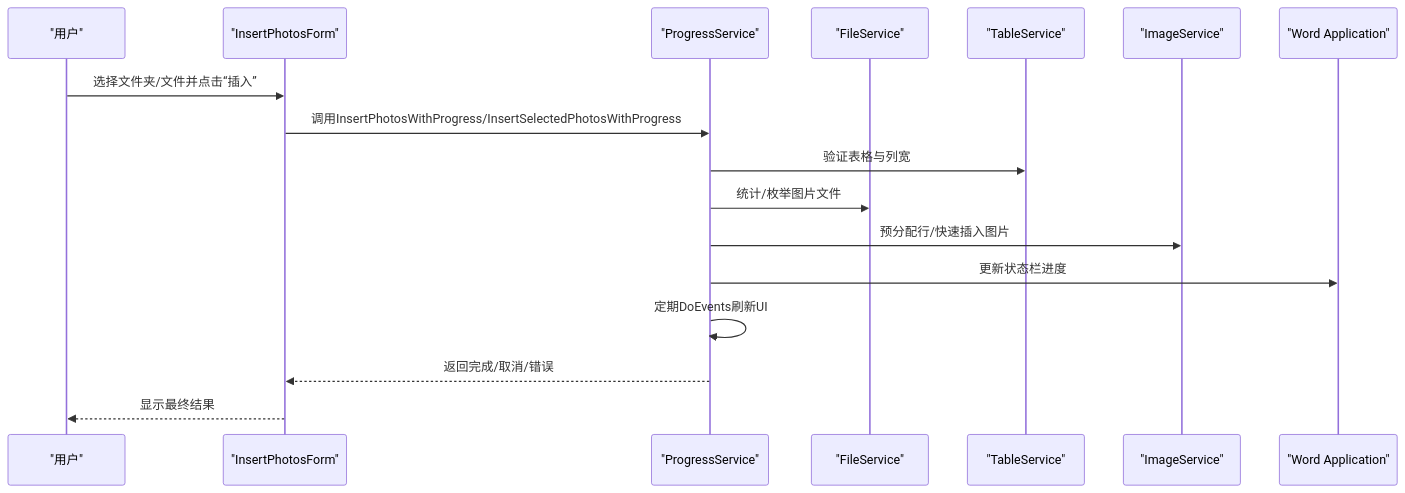
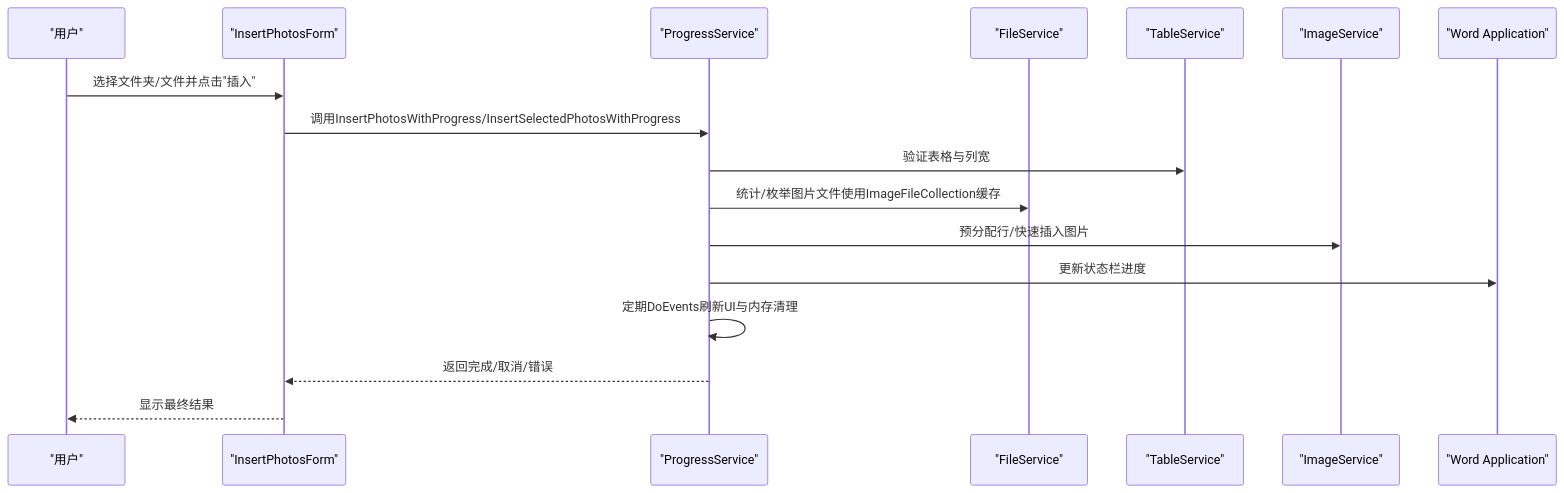
Before and after one commit to rainiva/WordTools: the second of 6 diagrams in .qoder/repowiki/zh/content/服务层/进度服务.md, drawn with Mermaid. The commit also changed other lines of this file and 12 other files, not shown here.

````diff
--- a/.qoder/repowiki/zh/content/服务层/进度服务.md
+++ b/.qoder/repowiki/zh/content/服务层/进度服务.md
@@ -88,19 +97,19 @@
 ```mermaid
 sequenceDiagram
 participant U as "用户"
 participant F as "InsertPhotosForm"
 participant PS as "ProgressService"
 participant FS as "FileService"
 participant TS as "TableService"
 participant IS as "ImageService"
 participant APP as "Word Application"
-U->>F : 选择文件夹/文件并点击“插入”
+U->>F : 选择文件夹/文件并点击"插入"
 F->>PS : 调用InsertPhotosWithProgress/InsertSelectedPhotosWithProgress
 PS->>TS : 验证表格与列宽
-PS->>FS : 统计/枚举图片文件
+PS->>FS : 统计/枚举图片文件使用ImageFileCollection缓存
 PS->>IS : 预分配行/快速插入图片
 PS->>APP : 更新状态栏进度
-PS->>PS : 定期DoEvents刷新UI
+PS->>PS : 定期DoEvents刷新UI与内存清理
 PS-->>F : 返回完成/取消/错误
 F-->>U : 显示最终结果
 ```
````
